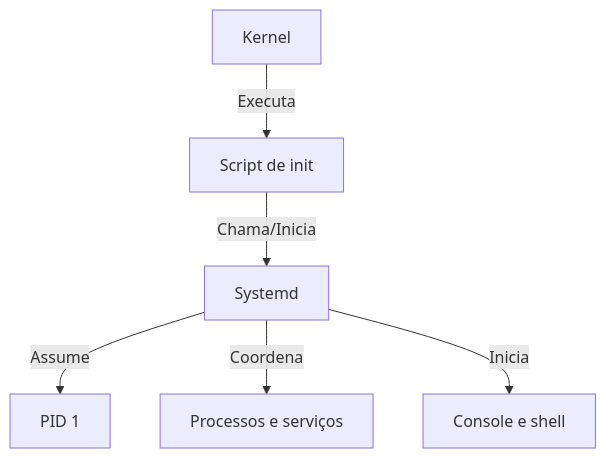
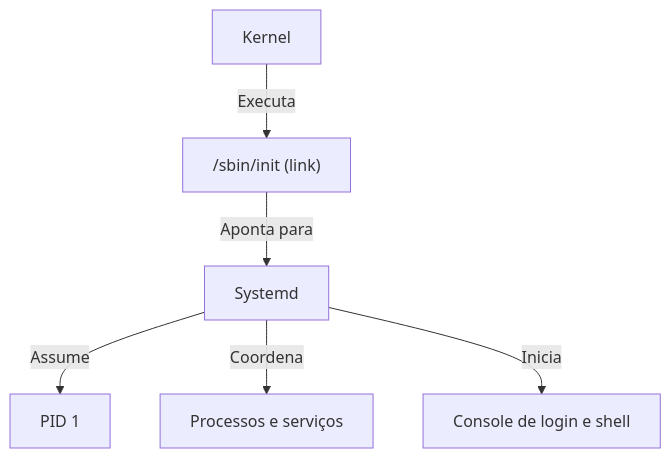
Before and after one commit to FelpzzzEX/LecOS: the fifth of 5 diagrams in Sistema_Principal/Modulo 3 - Processos/7-Init_System.md, drawn with Mermaid. The commit also changed other lines of this file and 7 other files, not shown here.

````diff
--- a/Sistema_Principal/Modulo 3 - Processos/7-Init_System.md
+++ b/Sistema_Principal/Modulo 3 - Processos/7-Init_System.md
@@ -348,8 +484,8 @@
 ```mermaid
 flowchart TD
-  A["Kernel"] -->|Executa| B["Script de init"]
-  B -->|Chama/Inicia| C["Systemd"]
+  A["Kernel"] -->|Executa| B["/sbin/init (link)"]
+  B -->|Aponta para| C["Systemd"]
   C -->|Assume| D["PID 1"]
   C -->|Coordena| E["Processos e serviços"]
-  C -->|Inicia| F["Console e shell"]
+  C -->|Inicia| F["Console de login e shell"]
 ```
````
